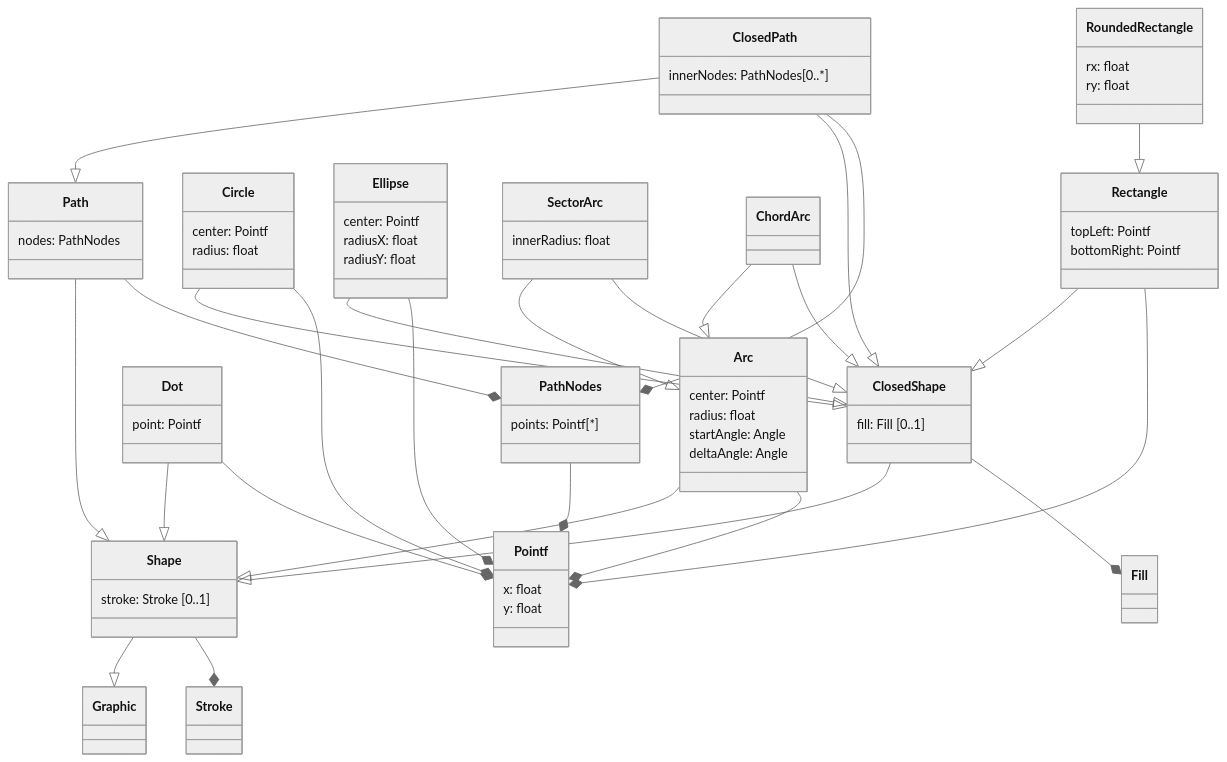
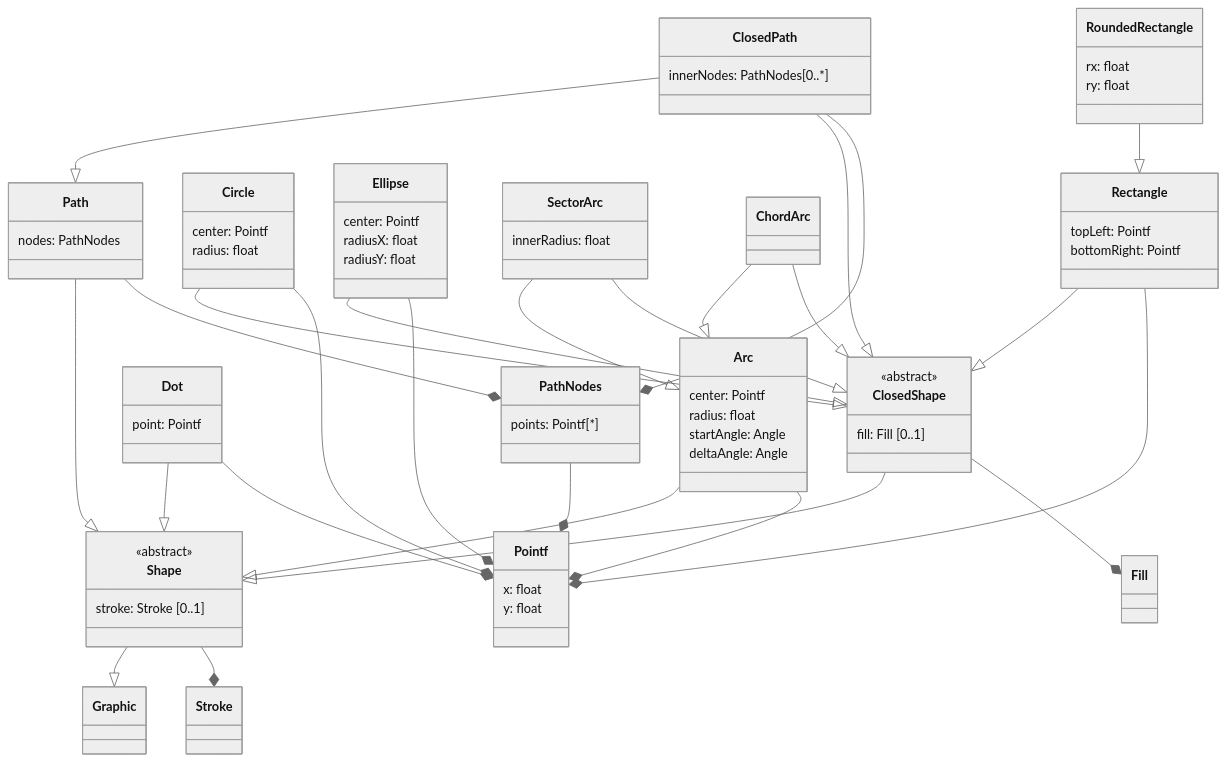
One commit to opengeospatial/styles-and-symbology changed the diagram in core/UML/mermaid/shapes.md. Above: the diagram before and after it, drawn with Mermaid (neutral theme). The commit also changed 3 other files, not shown here.

```diff
--- a/core/UML/mermaid/shapes.md
+++ b/core/UML/mermaid/shapes.md
@@ -4,9 +4,11 @@
   classDiagram
   %% Class definition
     class Shape {
+        <<abstract>>
         stroke: Stroke [0..1]
     }
     class ClosedShape {
+        <<abstract>>
         fill: Fill [0..1]
     }
     class Dot {
```
